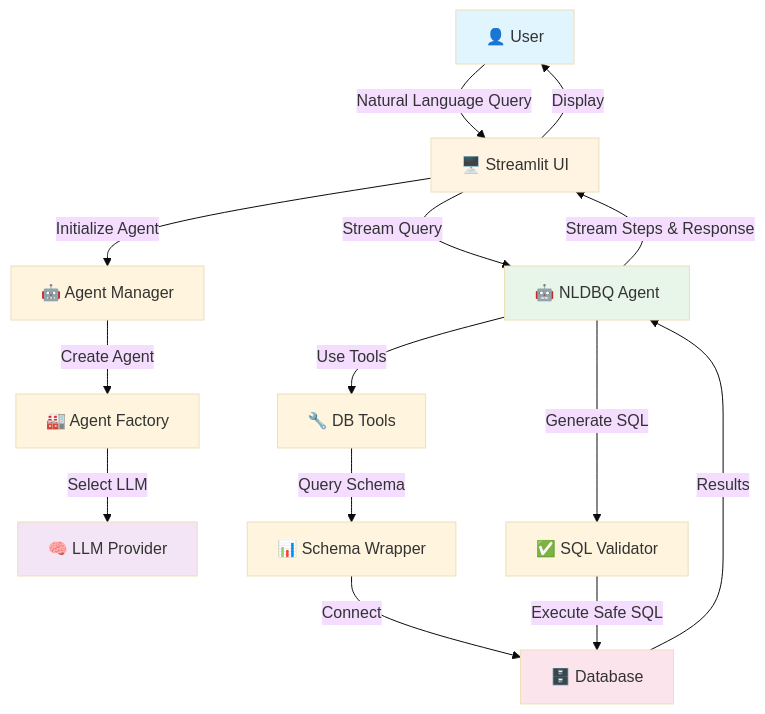
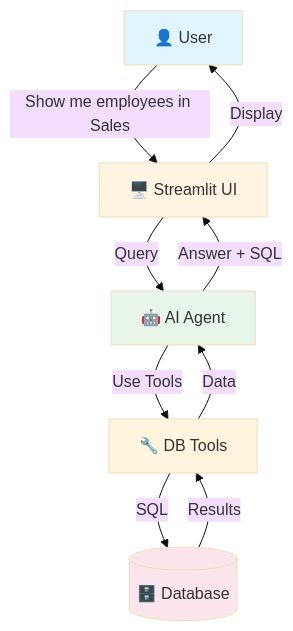
One commit to sourabh17aitr/NL_DB_Q changed the first of 4 diagrams in DATA_FLOW_DIAGRAM.md. Above: the diagram before and after it, drawn with Mermaid (base theme). The commit also changed other lines of this file and 10 other files, not shown here.

````diff
--- a/DATA_FLOW_DIAGRAM.md
+++ b/DATA_FLOW_DIAGRAM.md
@@ -5,24 +9,17 @@
 ```mermaid
 graph TB
-    User[👤 User] -->|Natural Language Query| UI[🖥️ Streamlit UI]
-    UI -->|Initialize Agent| AM[🤖 Agent Manager]
-    AM -->|Create Agent| AF[🏭 Agent Factory]
-    AF -->|Select LLM| LLM[🧠 LLM Provider]
+    User[👤 User] -->|"Show me employees in Sales"| UI[🖥️ Streamlit UI]
+    UI -->|Query| Agent[🤖 AI Agent]
+    Agent -->|Use Tools| Tools[🔧 DB Tools]
+    Tools -->|SQL| DB[(🗄️ Database)]
     
-    UI -->|Stream Query| Agent[🤖 NLDBQ Agent]
-    Agent -->|Use Tools| Tools[🔧 DB Tools]
-    Tools -->|Query Schema| Schema[📊 Schema Wrapper]
-    Schema -->|Connect| DB[🗄️ Database]
-    
-    Agent -->|Generate SQL| Validator[✅ SQL Validator]
-    Validator -->|Execute Safe SQL| DB
-    DB -->|Results| Agent
-    Agent -->|Stream Steps & Response| UI
+    DB -->|Results| Tools
+    Tools -->|Data| Agent
+    Agent -->|Answer + SQL| UI
     UI -->|Display| User
     
     style User fill:#e1f5ff
     style UI fill:#fff4e1
     style Agent fill:#e8f5e9
     style DB fill:#fce4ec
-    style LLM fill:#f3e5f5
 ```
````
